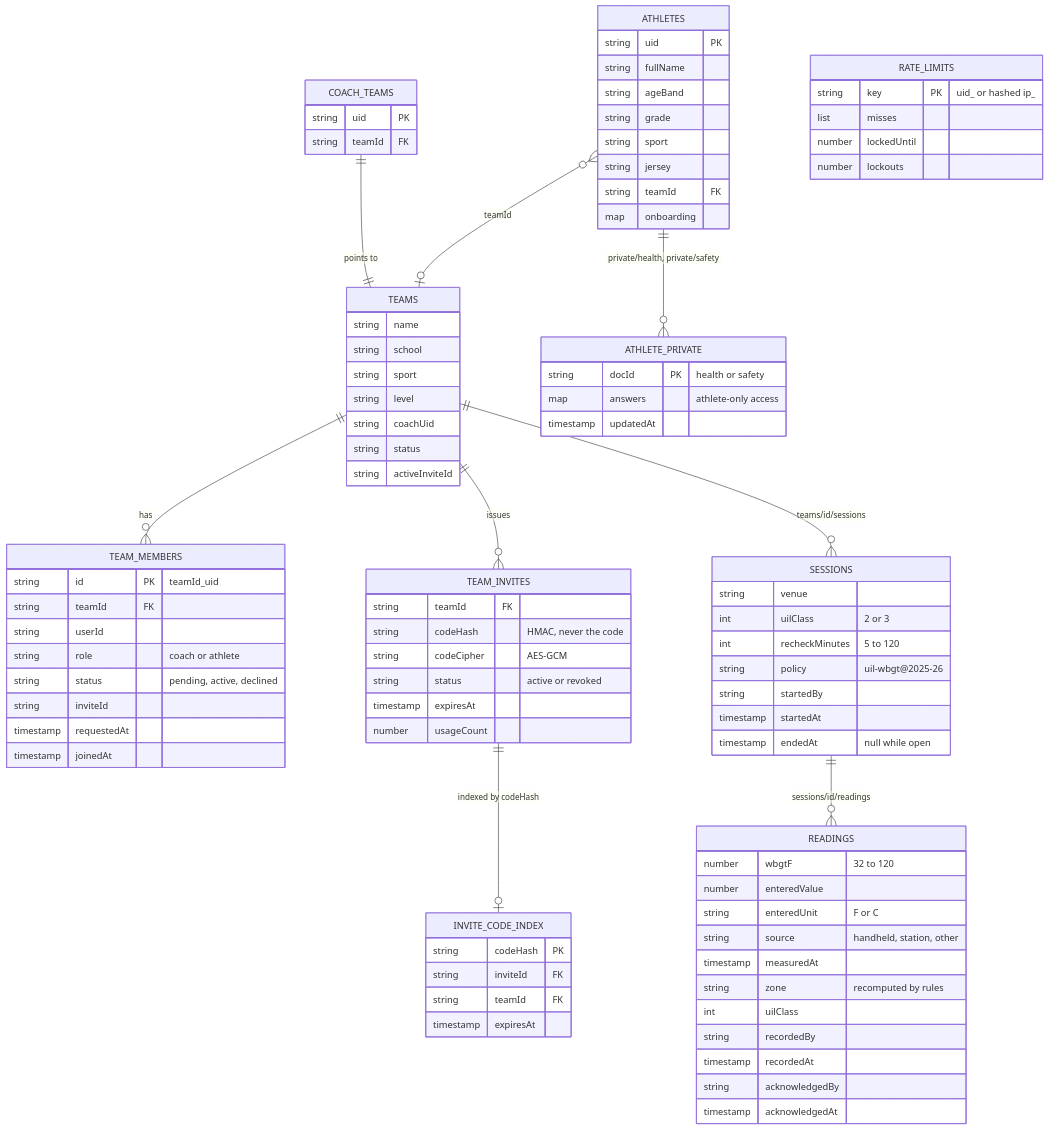
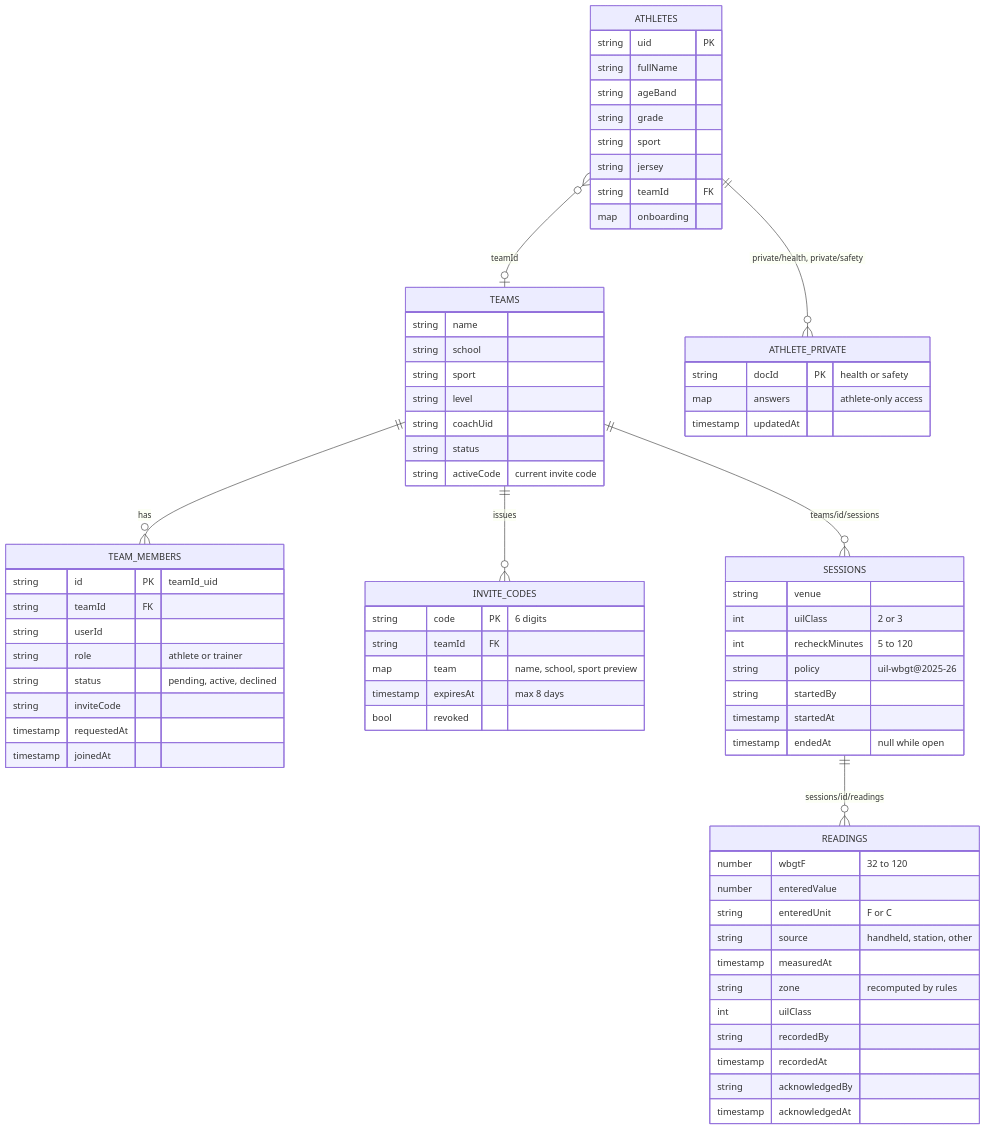
One commit to s-k-28/heatsense changed the fourth of 8 diagrams in README.md. Above: the diagram before and after it, drawn with Mermaid. The commit also changed other lines of this file and 14 other files, not shown here.

````diff
--- a/README.md
+++ b/README.md
@@ -191,11 +174,9 @@
 ```mermaid
 erDiagram
     TEAMS ||--o{ TEAM_MEMBERS : "has"
-    TEAMS ||--o{ TEAM_INVITES : "issues"
+    TEAMS ||--o{ INVITE_CODES : "issues"
     TEAMS ||--o{ SESSIONS : "teams/id/sessions"
     SESSIONS ||--o{ READINGS : "sessions/id/readings"
-    TEAM_INVITES ||--o| INVITE_CODE_INDEX : "indexed by codeHash"
-    COACH_TEAMS ||--|| TEAMS : "points to"
     ATHLETES }o--o| TEAMS : "teamId"
     ATHLETES ||--o{ ATHLETE_PRIVATE : "private/health, private/safety"
 
@@ -206,7 +187,7 @@
         string level
         string coachUid
         string status
-        string activeInviteId
+        string activeCode "current invite code"
     }
     SESSIONS {
         string venue
@@ -234,35 +215,18 @@
         string id PK "teamId_uid"
         string teamId FK
         string userId
-        string role "coach or athlete"
+        string role "athlete or trainer"
         string status "pending, active, declined"
-        string inviteId
+        string inviteCode
         timestamp requestedAt
         timestamp joinedAt
     }
-    TEAM_INVITES {
+    INVITE_CODES {
+        string code PK "6 digits"
         string teamId FK
-        string codeHash "HMAC, never the code"
-        string codeCipher "AES-GCM"
-        string status "active or revoked"
-        timestamp expiresAt
-        number usageCount
-    }
-    INVITE_CODE_INDEX {
-        string codeHash PK
-        string inviteId FK
-        string teamId FK
-        timestamp expiresAt
-    }
-    COACH_TEAMS {
-        string uid PK
-        string teamId FK
-    }
-    RATE_LIMITS {
-        string key PK "uid_ or hashed ip_"
-        list misses
-        number lockedUntil
-        number lockouts
+        map team "name, school, sport preview"
+        timestamp expiresAt "max 8 days"
+        bool revoked
     }
     ATHLETES {
         string uid PK
````
